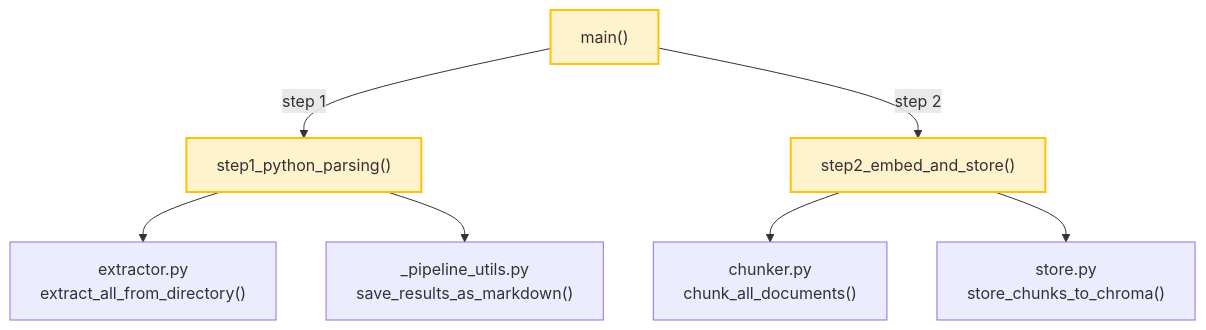
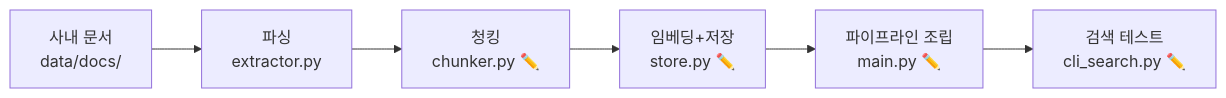
The diagram in projects/사내AI비서_v2/chapters/04-문서를-지식으로-바꾸다.md (edu-openskill/lecture-book-workflow), drawn with Mermaid before and after one commit. The commit also changed other lines of this file, not shown here.

First line of the commit message:
fix: CH04 Mermaid — 개별 함수 다이어그램 4개 제거, 전체 파이프라인 1개로 교체

````diff
--- a/projects/사내AI비서_v2/chapters/04-문서를-지식으로-바꾸다.md
+++ b/projects/사내AI비서_v2/chapters/04-문서를-지식으로-바꾸다.md
@@ -470,12 +339,8 @@
 ```mermaid
-graph TD
-    M["main()"] -->|"step 1"| S1["step1_python_parsing()"]
-    M -->|"step 2"| S2["step2_embed_and_store()"]
-    S1 --> E["extractor.py<br/>extract_all_from_directory()"]
-    S1 --> MD["_pipeline_utils.py<br/>save_results_as_markdown()"]
-    S2 --> CH["chunker.py<br/>chunk_all_documents()"]
-    S2 --> ST["store.py<br/>store_chunks_to_chroma()"]
-    style M fill:#fff3cd,stroke:#ffc107,stroke-width:2px
-    style S1 fill:#fff3cd,stroke:#ffc107,stroke-width:2px
-    style S2 fill:#fff3cd,stroke:#ffc107,stroke-width:2px
+graph LR
+    A["사내 문서<br/>data/docs/"] --> B["파싱<br/>extractor.py"]
+    B --> C["청킹<br/>chunker.py ✏️"]
+    C --> D["임베딩+저장<br/>store.py ✏️"]
+    D --> E["파이프라인 조립<br/>main.py ✏️"]
+    E --> F["검색 테스트<br/>cli_search.py ✏️"]
 ```
````
